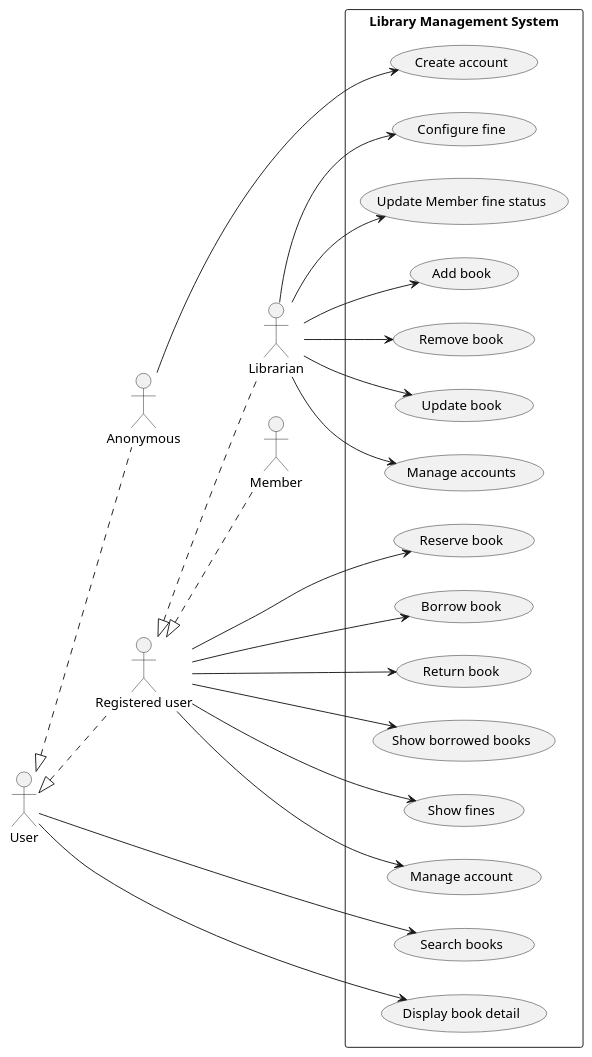
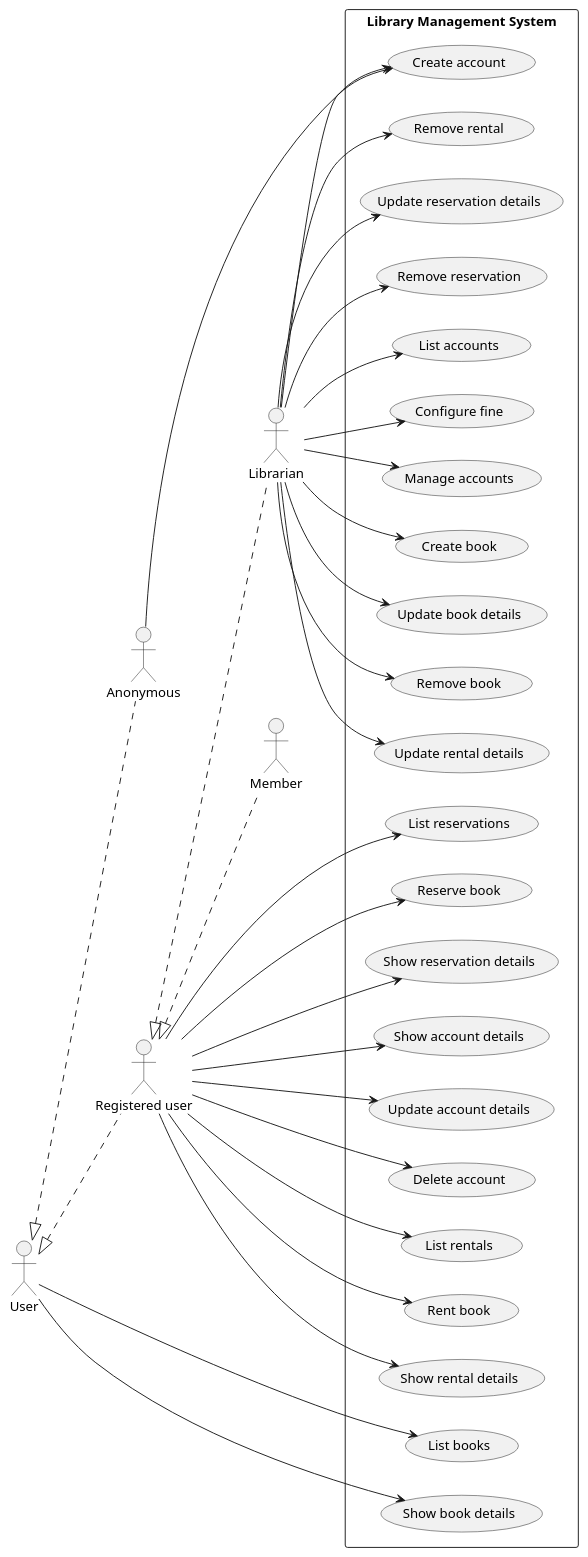
One commit to Crytastic/library-management-system changed the diagram in puml/useCaseDiagram.puml. Above: the diagram before and after it, drawn with PlantUML.

```diff
--- a/puml/useCaseDiagram.puml
+++ b/puml/useCaseDiagram.puml
@@ -1,59 +1,76 @@
 @startuml
 
 left to right direction
 
 actor Librarian
 actor Member
 actor Anonymous
 actor User
 actor "Registered user"
 
 "Registered user" <|.. Librarian
 "Registered user" <|.. Member
 User <|.. "Registered user"
 User <|.. Anonymous
 
 rectangle "Library Management System" {
-  usecase "Add book"
-  usecase "Remove book"
-  usecase "Update book"
 
-  usecase "Search books"
-  usecase "Display book detail"
+  usecase "List reservations"
+  usecase "Reserve book"
+  usecase "Show reservation details"
+  usecase "Update reservation details"
+  usecase "Remove reservation"
 
-  usecase "Reserve book"
-  usecase "Borrow book"
-  usecase "Return book"
-
-  usecase "Show borrowed books"
-  usecase "Show fines"
-
-  usecase "Manage account"
+  usecase "List accounts"
+  usecase "Create account"
+  usecase "Show account details"
+  usecase "Update account details"
+  usecase "Delete account"
   usecase "Manage accounts"
 
+  usecase "List books"
+  usecase "Create book"
+  usecase "Show book details"
+  usecase "Update book details"
+  usecase "Remove book"
+
+  usecase "List rentals"
+  usecase "Rent book"
+  usecase "Show rental details"
+  usecase "Update rental details"
+  usecase "Remove rental"
+
   usecase "Configure fine"
-  usecase "Update Member fine status"
 
-  usecase "Create account"
+
 }
 
 Anonymous --> "Create account"
 
-User --> "Search books"
-User --> "Display book detail"
+User --> "List books"
+User --> "Show book details"
 
-Librarian --> "Add book"
+Librarian --> "Update reservation details"
+Librarian --> "Remove reservation"
+Librarian --> "List accounts"
+Librarian --> "Create account"
+Librarian --> "Manage accounts"
+Librarian --> "Create book"
 Librarian --> "Remove book"
-Librarian --> "Update book"
-Librarian --> "Manage accounts"
+Librarian --> "Update book details"
 Librarian --> "Configure fine"
-Librarian --> "Update Member fine status"
+Librarian --> "Update rental details"
+Librarian --> "Remove rental"
 
+"Registered user" --> "List reservations"
 "Registered user" --> "Reserve book"
-"Registered user" --> "Borrow book"
-"Registered user" --> "Return book"
-"Registered user" --> "Show borrowed books"
-"Registered user" --> "Show fines"
-"Registered user" --> "Manage account"
+"Registered user" --> "Show reservation details"
+"Registered user" --> "Show account details"
+"Registered user" --> "Update account details"
+"Registered user" --> "Delete account"
+"Registered user" --> "List rentals"
+"Registered user" --> "Rent book"
+"Registered user" --> "Show rental details"
+
 
 @enduml
```
